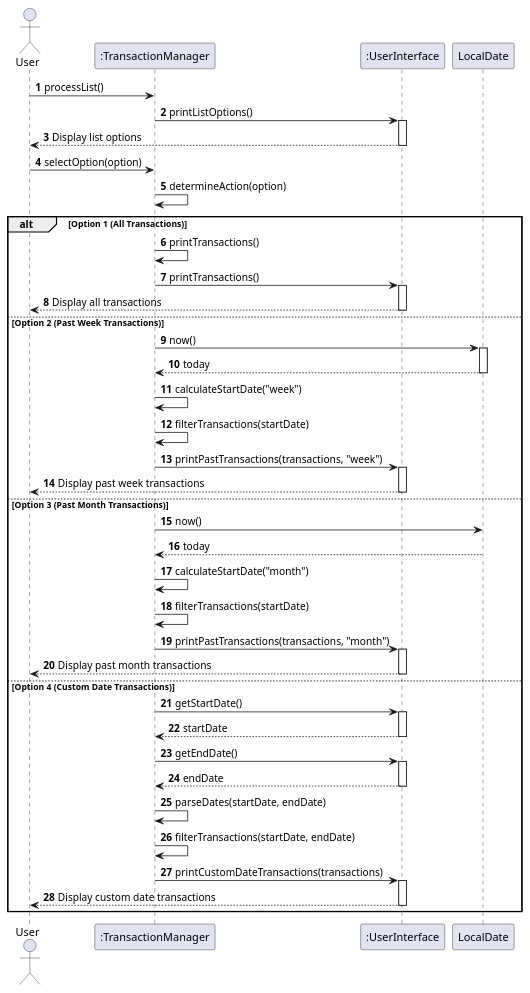
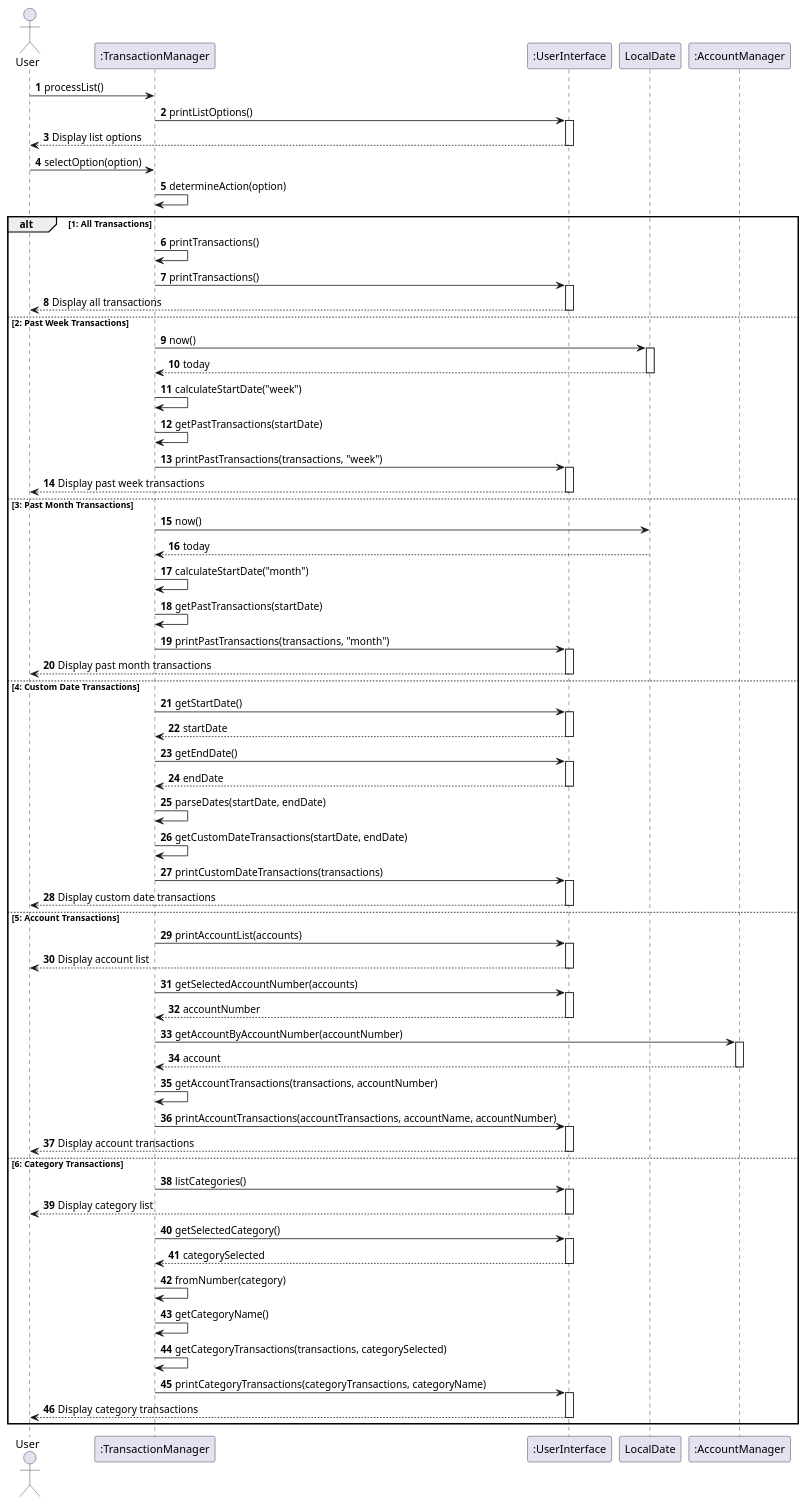
Before and after one commit to Vavinan/tp: the diagram in docs/uml/processList.puml, drawn with PlantUML. The commit also changed 1 other file, not shown here.

Commit message:
Update UML sequence diagram for list feature

```diff
--- a/docs/uml/processList.puml
+++ b/docs/uml/processList.puml
@@ -1,61 +1,96 @@
 @startuml
 'https://plantuml.com/sequence-diagram
 
 autonumber
 
 actor User
 participant ":TransactionManager" as TM
 participant ":UserInterface" as UI
 participant "LocalDate" as LD
+participant ":AccountManager" as AM
 
 User -> TM: processList()
 TM -> UI: printListOptions()
 activate UI
 UI --> User: Display list options
 deactivate UI
 User -> TM: selectOption(option)
 TM -> TM: determineAction(option)
 
-alt Option 1 (All Transactions)
+alt 1: All Transactions
     TM -> TM: printTransactions()
     TM -> UI: printTransactions()
     activate UI
     UI --> User: Display all transactions
     deactivate UI
-else Option 2 (Past Week Transactions)
+else 2: Past Week Transactions
     TM -> LD: now()
     activate LD
     LD --> TM: today
     deactivate LD
     TM -> TM: calculateStartDate("week")
-    TM -> TM: filterTransactions(startDate)
+    TM -> TM: getPastTransactions(startDate)
     TM -> UI: printPastTransactions(transactions, "week")
     activate UI
     UI --> User: Display past week transactions
     deactivate UI
-else Option 3 (Past Month Transactions)
+else 3: Past Month Transactions
     TM -> LD: now()
     LD --> TM: today
     TM -> TM: calculateStartDate("month")
-    TM -> TM: filterTransactions(startDate)
+    TM -> TM: getPastTransactions(startDate)
     TM -> UI: printPastTransactions(transactions, "month")
     activate UI
     UI --> User: Display past month transactions
     deactivate UI
-else Option 4 (Custom Date Transactions)
+else 4: Custom Date Transactions
     TM -> UI: getStartDate()
     activate UI
     UI --> TM: startDate
     deactivate UI
     TM -> UI: getEndDate()
     activate UI
     UI --> TM: endDate
     deactivate UI
     TM -> TM: parseDates(startDate, endDate)
-    TM -> TM: filterTransactions(startDate, endDate)
+    TM -> TM: getCustomDateTransactions(startDate, endDate)
     TM -> UI: printCustomDateTransactions(transactions)
     activate UI
     UI --> User: Display custom date transactions
     deactivate UI
+else 5: Account Transactions
+    TM -> UI: printAccountList(accounts)
+    activate UI
+    UI --> User: Display account list
+    deactivate UI
+    TM -> UI: getSelectedAccountNumber(accounts)
+    activate UI
+    UI --> TM: accountNumber
+    deactivate UI
+    TM -> AM: getAccountByAccountNumber(accountNumber)
+    activate AM
+    AM --> TM: account
+    deactivate AM
+    TM -> TM: getAccountTransactions(transactions, accountNumber)
+    TM -> UI: printAccountTransactions(accountTransactions, accountName, accountNumber)
+    activate UI
+    UI ---> User: Display account transactions
+    deactivate UI
+else 6: Category Transactions
+    TM -> UI: listCategories()
+    activate UI
+    UI --> User: Display category list
+    deactivate UI
+    TM -> UI: getSelectedCategory()
+    activate UI
+    UI --> TM: categorySelected
+    deactivate UI
+    TM -> TM: fromNumber(category)
+    TM -> TM: getCategoryName()
+    TM -> TM: getCategoryTransactions(transactions, categorySelected)
+    TM -> UI: printCategoryTransactions(categoryTransactions, categoryName)
+    activate UI
+    UI --> User: Display category transactions
+    deactivate UI
 end
 @enduml
```
